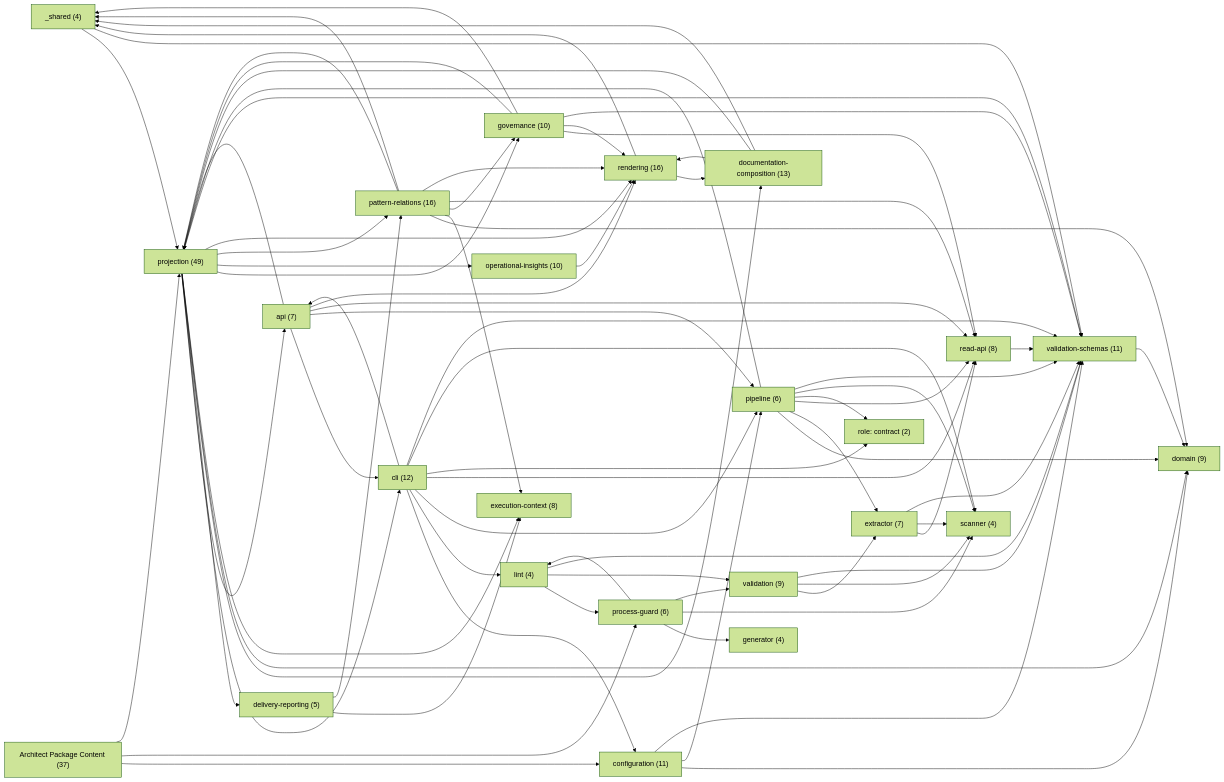
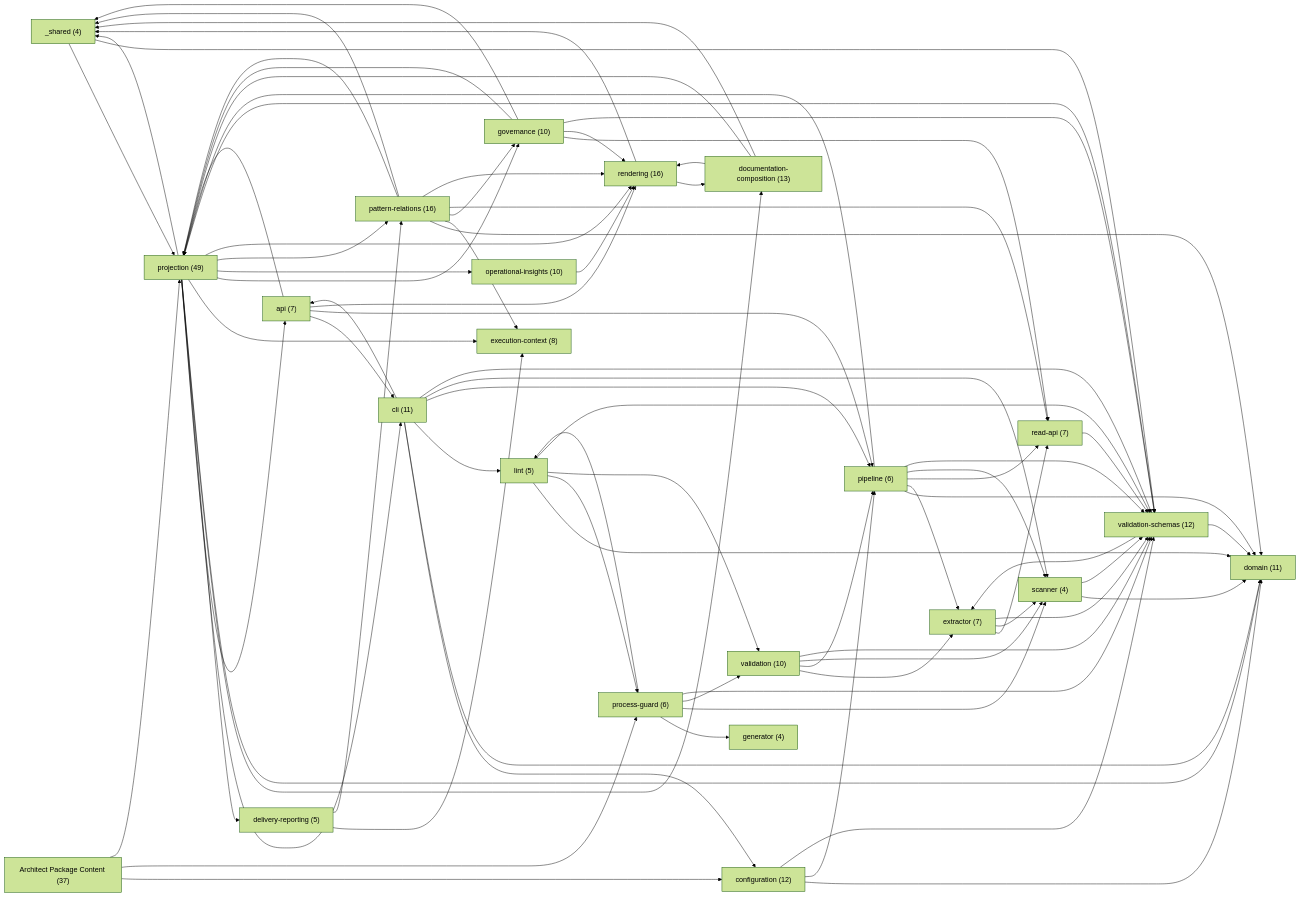
One commit to libar-dev/architect changed the first of 24 diagrams in docs-live/DESIGN-REVIEW.md. Above: the diagram before and after it, drawn with Mermaid (forest theme). The commit also changed other lines of this file and 185 other files, not shown here.

Commit message:
refactor(architect): replace facade with frozen graph handle

````diff
--- a/docs-live/DESIGN-REVIEW.md
+++ b/docs-live/DESIGN-REVIEW.md
@@ -25,41 +25,38 @@
 graph LR
   shared["_shared (4)"]
   api["api (7)"]
-  cli["cli (12)"]
-  configuration["configuration (11)"]
+  cli["cli (11)"]
+  configuration["configuration (12)"]
   delivery_reporting["delivery-reporting (5)"]
   documentation_composition["documentation-composition (13)"]
-  domain["domain (9)"]
+  domain["domain (11)"]
   execution_context["execution-context (8)"]
   extractor["extractor (7)"]
   generator["generator (4)"]
   governance["governance (10)"]
-  lint["lint (4)"]
+  lint["lint (5)"]
   operational_insights["operational-insights (10)"]
   pattern_relations["pattern-relations (16)"]
   pipeline["pipeline (6)"]
   process_guard["process-guard (6)"]
   projection["projection (49)"]
-  read_api["read-api (8)"]
+  read_api["read-api (7)"]
   rendering["rendering (16)"]
   scanner["scanner (4)"]
-  validation["validation (9)"]
-  validation_schemas["validation-schemas (11)"]
-  role_contract["role: contract (2)"]
+  validation["validation (10)"]
+  validation_schemas["validation-schemas (12)"]
   pkg_architect_package_content["Architect Package Content (37)"]
   shared --> projection
   shared --> validation_schemas
   api --> cli
   api --> pipeline
   api --> projection
-  api --> read_api
   api --> rendering
   cli --> api
   cli --> configuration
+  cli --> domain
   cli --> lint
   cli --> pipeline
-  cli --> read_api
-  cli --> role_contract
   cli --> scanner
   cli --> validation_schemas
   configuration --> domain
@@ -78,6 +75,7 @@
   governance --> read_api
   governance --> rendering
   governance --> validation_schemas
+  lint --> domain
   lint --> process_guard
   lint --> validation
   lint --> validation_schemas
@@ -93,7 +91,6 @@
   pipeline --> extractor
   pipeline --> projection
   pipeline --> read_api
-  pipeline --> role_contract
   pipeline --> scanner
   pipeline --> validation_schemas
   pkg_architect_package_content --> configuration
@@ -103,6 +100,8 @@
   process_guard --> lint
   process_guard --> scanner
   process_guard --> validation
+  process_guard --> validation_schemas
+  projection --> shared
   projection --> api
   projection --> cli
   projection --> delivery_reporting
@@ -117,8 +116,12 @@
   read_api --> validation_schemas
   rendering --> shared
   rendering --> documentation_composition
+  scanner --> domain
+  scanner --> validation_schemas
   validation --> extractor
+  validation --> pipeline
   validation --> scanner
   validation --> validation_schemas
   validation_schemas --> domain
+  validation_schemas --> extractor
 ```
````
